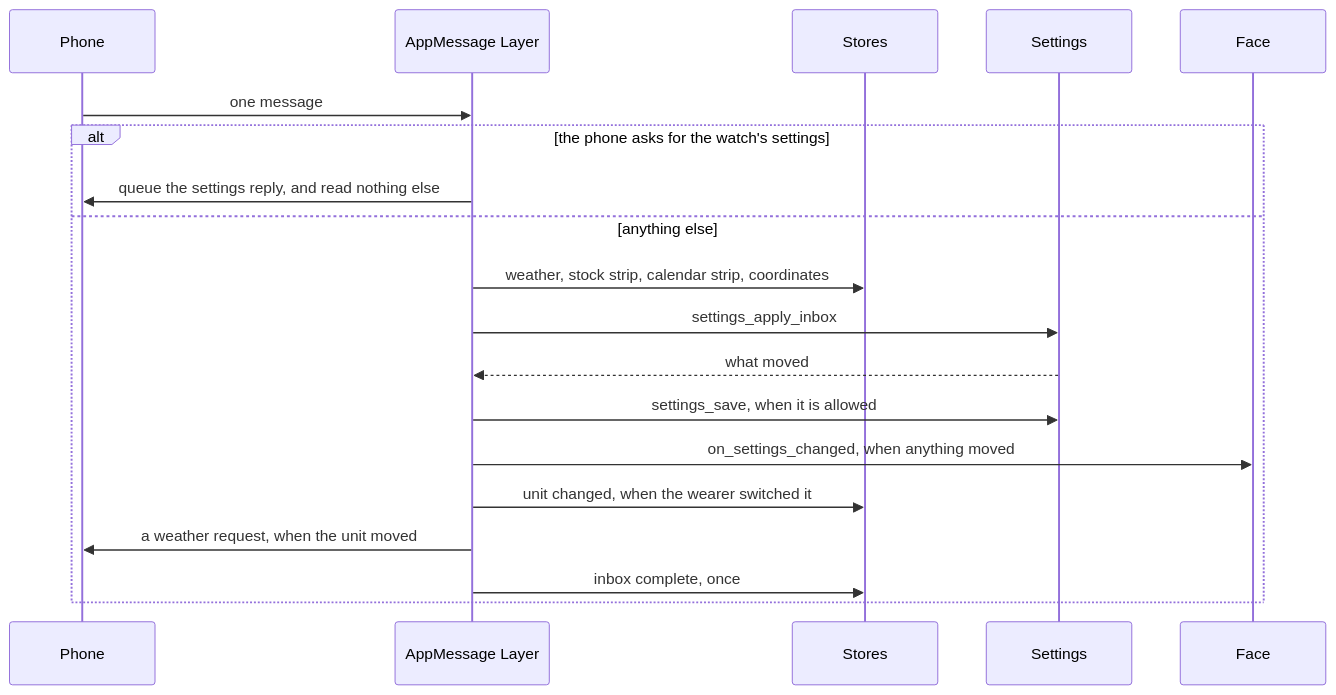
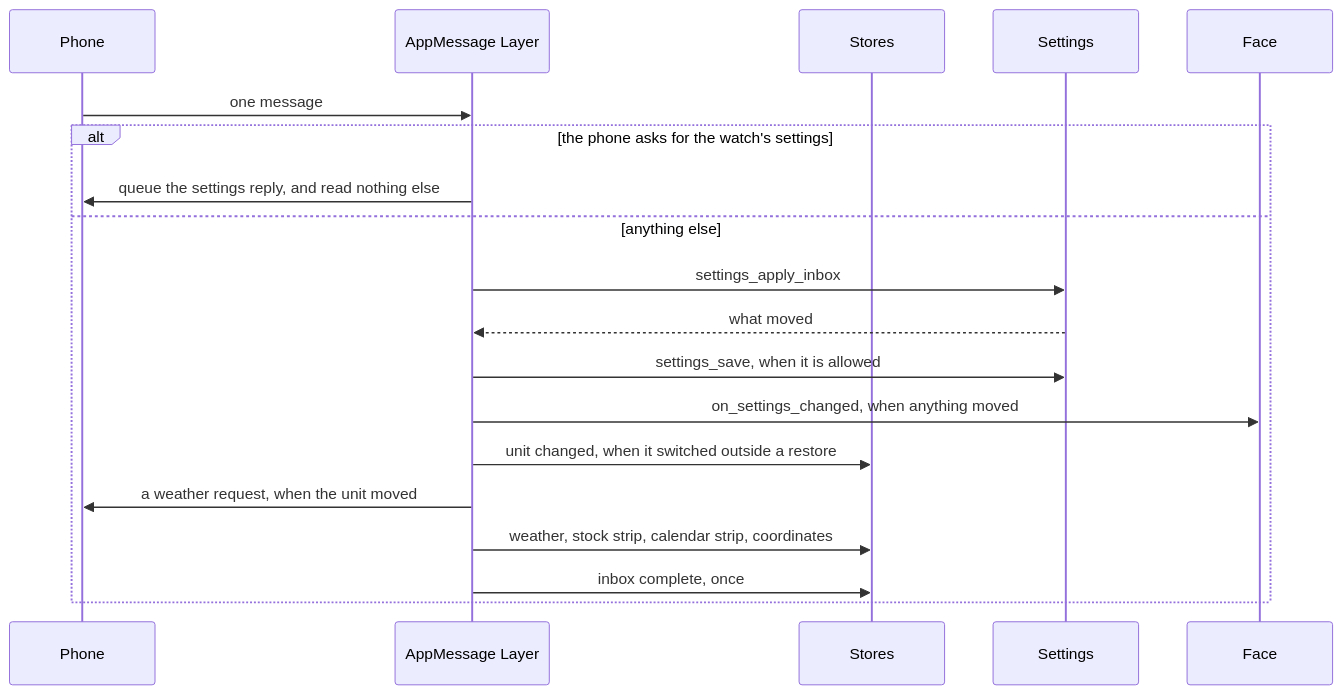
The first of 2 diagrams in docs/how/talking-to-the-phone.md (AKlitbo/pebble-app-framework), drawn with Mermaid before and after one commit. The commit also changed other lines of this file and 32 other files, not shown here.

````diff
--- a/docs/how/talking-to-the-phone.md
+++ b/docs/how/talking-to-the-phone.md
@@ -29,21 +29,21 @@
 ```mermaid
 sequenceDiagram
   participant Phone
   participant AM as AppMessage Layer
   participant Stores
   participant Settings
   participant Face
   Phone->>AM: one message
   alt the phone asks for the watch's settings
     AM->>Phone: queue the settings reply, and read nothing else
   else anything else
-    AM->>Stores: weather, stock strip, calendar strip, coordinates
     AM->>Settings: settings_apply_inbox
     Settings-->>AM: what moved
     AM->>Settings: settings_save, when it is allowed
     AM->>Face: on_settings_changed, when anything moved
-    AM->>Stores: unit changed, when the wearer switched it
+    AM->>Stores: unit changed, when it switched outside a restore
     AM->>Phone: a weather request, when the unit moved
+    AM->>Stores: weather, stock strip, calendar strip, coordinates
     AM->>Stores: inbox complete, once
   end
 ```
````
